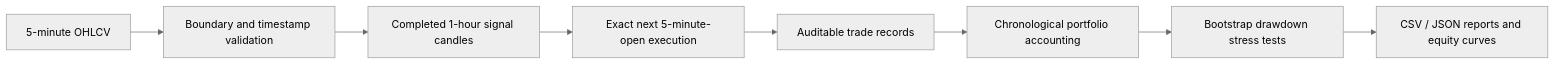
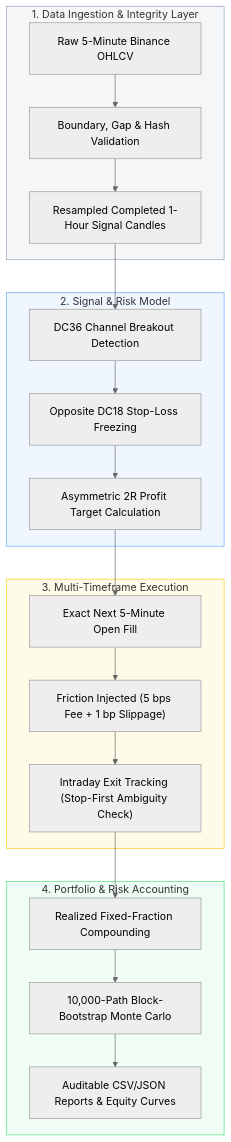
The diagram in README.md (selimgrsoy0-commits/Trade_Bot_Showcase), drawn with Mermaid (neutral theme) before and after one commit. The commit also changed other lines of this file, not shown here.

Commit message:
docs: elevate quantitative research showcase with institutional formatting, architecture diagram and LaTeX specifications

````diff
--- a/README.md
+++ b/README.md
@@ -28,10 +36,30 @@
 ```mermaid
-flowchart LR
-    A[5-minute OHLCV] --> B[Boundary and timestamp validation]
-    B --> C[Completed 1-hour signal candles]
-    C --> D[Exact next 5-minute-open execution]
-    D --> E[Auditable trade records]
-    E --> F[Chronological portfolio accounting]
-    F --> G[Bootstrap drawdown stress tests]
-    G --> H[CSV / JSON reports and equity curves]
+flowchart TD
+    subgraph Data_Layer ["1. Data Ingestion & Integrity Layer"]
+        A[Raw 5-Minute Binance OHLCV] --> B[Boundary, Gap & Hash Validation]
+        B --> C[Resampled Completed 1-Hour Signal Candles]
+    end
+
+    subgraph Signal_Layer ["2. Signal & Risk Model"]
+        C --> D[DC36 Channel Breakout Detection]
+        D --> E[Opposite DC18 Stop-Loss Freezing]
+        E --> F[Asymmetric 2R Profit Target Calculation]
+    end
+
+    subgraph Execution_Engine ["3. Multi-Timeframe Execution"]
+        F --> G[Exact Next 5-Minute Open Fill]
+        G --> H["Friction Injected (5 bps Fee + 1 bp Slippage)"]
+        H --> I["Intraday Exit Tracking (Stop-First Ambiguity Check)"]
+    end
+
+    subgraph Portfolio_Analytics ["4. Portfolio & Risk Accounting"]
+        I --> J[Realized Fixed-Fraction Compounding]
+        J --> K[10,000-Path Block-Bootstrap Monte Carlo]
+        K --> L[Auditable CSV/JSON Reports & Equity Curves]
+    end
+
+    style Data_Layer fill:#f4f6f8,stroke:#94a3b8,stroke-width:1px
+    style Signal_Layer fill:#eff6ff,stroke:#60a5fa,stroke-width:1px
+    style Execution_Engine fill:#fefce8,stroke:#facc15,stroke-width:1px
+    style Portfolio_Analytics fill:#f0fdf4,stroke:#4ade80,stroke-width:1px
 ```
````
